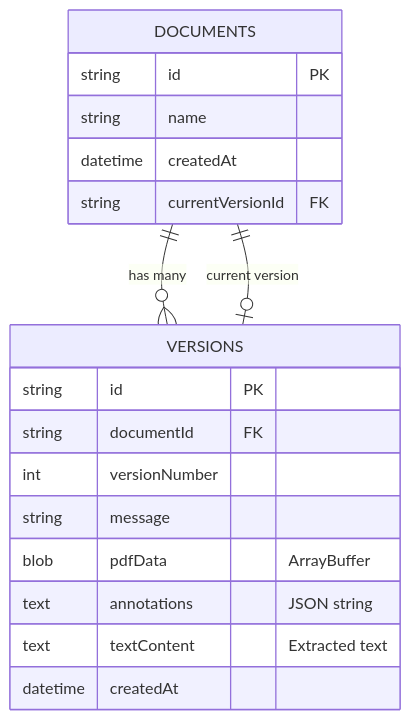
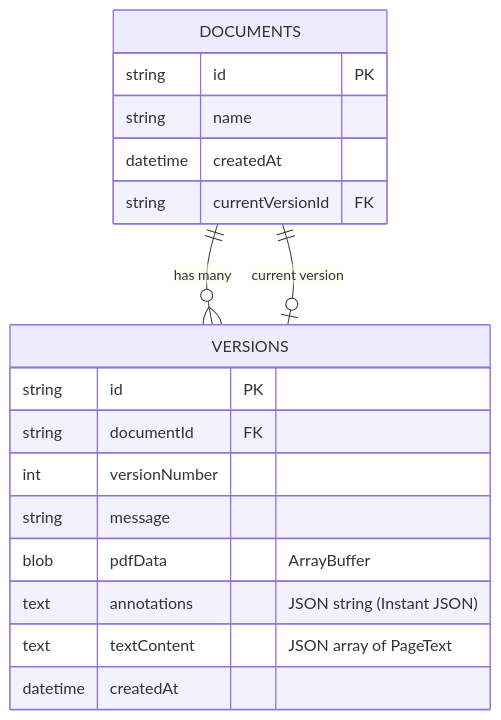
One commit to hellosurbhi/pdf-review-tool changed the fifth of 8 diagrams in ARCHITECTURE.md. Above: the diagram before and after it, drawn with Mermaid. The commit also changed other lines of this file and 16 other files, not shown here.

````diff
--- a/ARCHITECTURE.md
+++ b/ARCHITECTURE.md
@@ -273,23 +227,23 @@
 ```mermaid
 erDiagram
     DOCUMENTS {
         string id PK
         string name
         datetime createdAt
         string currentVersionId FK
     }
 
     VERSIONS {
         string id PK
         string documentId FK
         int versionNumber
         string message
         blob pdfData "ArrayBuffer"
-        text annotations "JSON string"
-        text textContent "Extracted text"
+        text annotations "JSON string (Instant JSON)"
+        text textContent "JSON array of PageText"
         datetime createdAt
     }
 
     DOCUMENTS ||--o{ VERSIONS : "has many"
     DOCUMENTS ||--o| VERSIONS : "current version"
 ```
````
